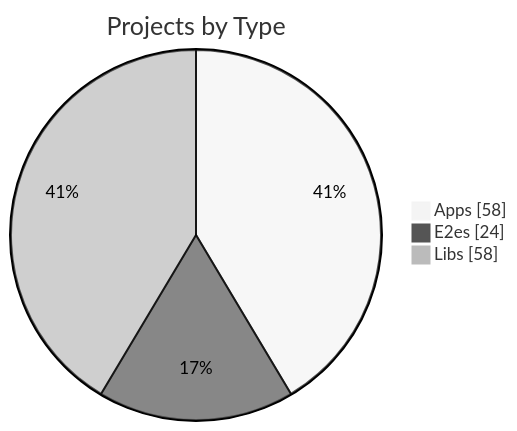
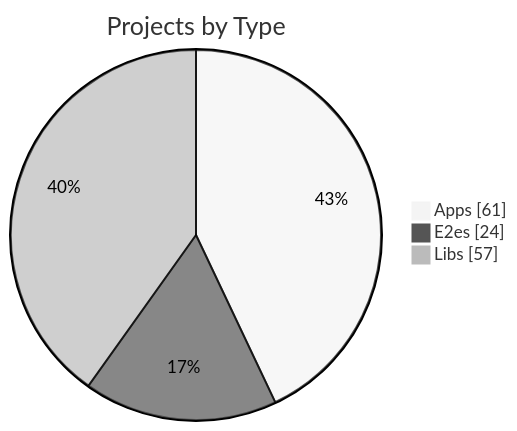
Before and after one commit to KBVE/kbve: the first of 3 diagrams in apps/kbve/astro-kbve/src/content/docs/dashboard/graph.mdx, drawn with Mermaid (neutral theme). The commit also changed other lines of this file and 1 other file, not shown here.

Commit message:
chore(content): daily graph scaffold [skip ci] (#14538)

````diff
--- a/apps/kbve/astro-kbve/src/content/docs/dashboard/graph.mdx
+++ b/apps/kbve/astro-kbve/src/content/docs/dashboard/graph.mdx
@@ -127,7 +127,7 @@
 ```mermaid
 pie showData
     title Projects by Type
-    "Apps" : 58
+    "Apps" : 61
     "E2es" : 24
-    "Libs" : 58
+    "Libs" : 57
 ```
````
